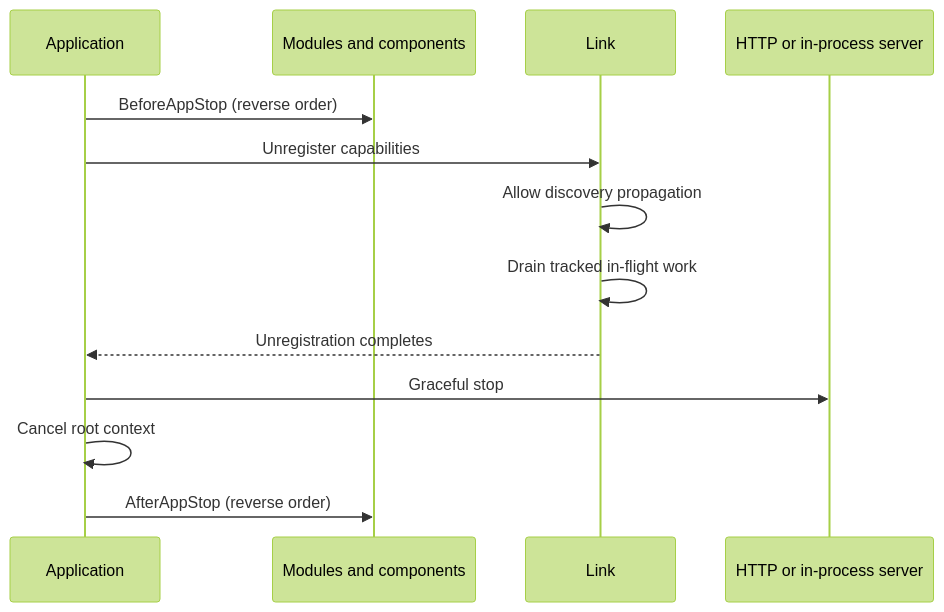
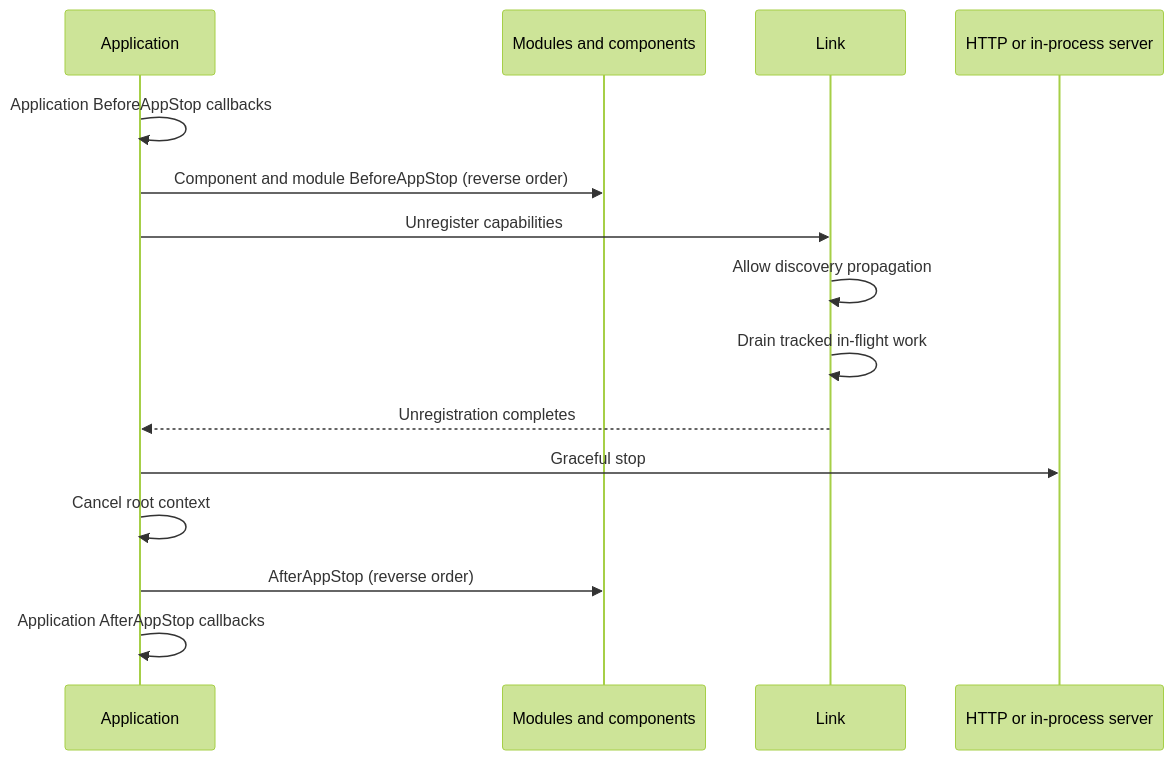
Before and after one commit to yorun-ai/vine-site: the second of 2 diagrams in docs/runtime/application-lifecycle.md, drawn with Mermaid (forest theme). The commit also changed other lines of this file and 1 other file, not shown here.

Commit message:
docs: document application lifecycle callbacks (#79)

````diff
--- a/docs/runtime/application-lifecycle.md
+++ b/docs/runtime/application-lifecycle.md
@@ -169,16 +209,18 @@
 ```mermaid
 sequenceDiagram
   participant App as Application
   participant Hooks as Modules and components
   participant RuntimeLink as Link
   participant Server as HTTP or in-process server
 
-  App->>Hooks: BeforeAppStop (reverse order)
+  App->>App: Application BeforeAppStop callbacks
+  App->>Hooks: Component and module BeforeAppStop (reverse order)
   App->>RuntimeLink: Unregister capabilities
   RuntimeLink->>RuntimeLink: Allow discovery propagation
   RuntimeLink->>RuntimeLink: Drain tracked in-flight work
   RuntimeLink-->>App: Unregistration completes
   App->>Server: Graceful stop
   App->>App: Cancel root context
   App->>Hooks: AfterAppStop (reverse order)
+  App->>App: Application AfterAppStop callbacks
 ```
````
